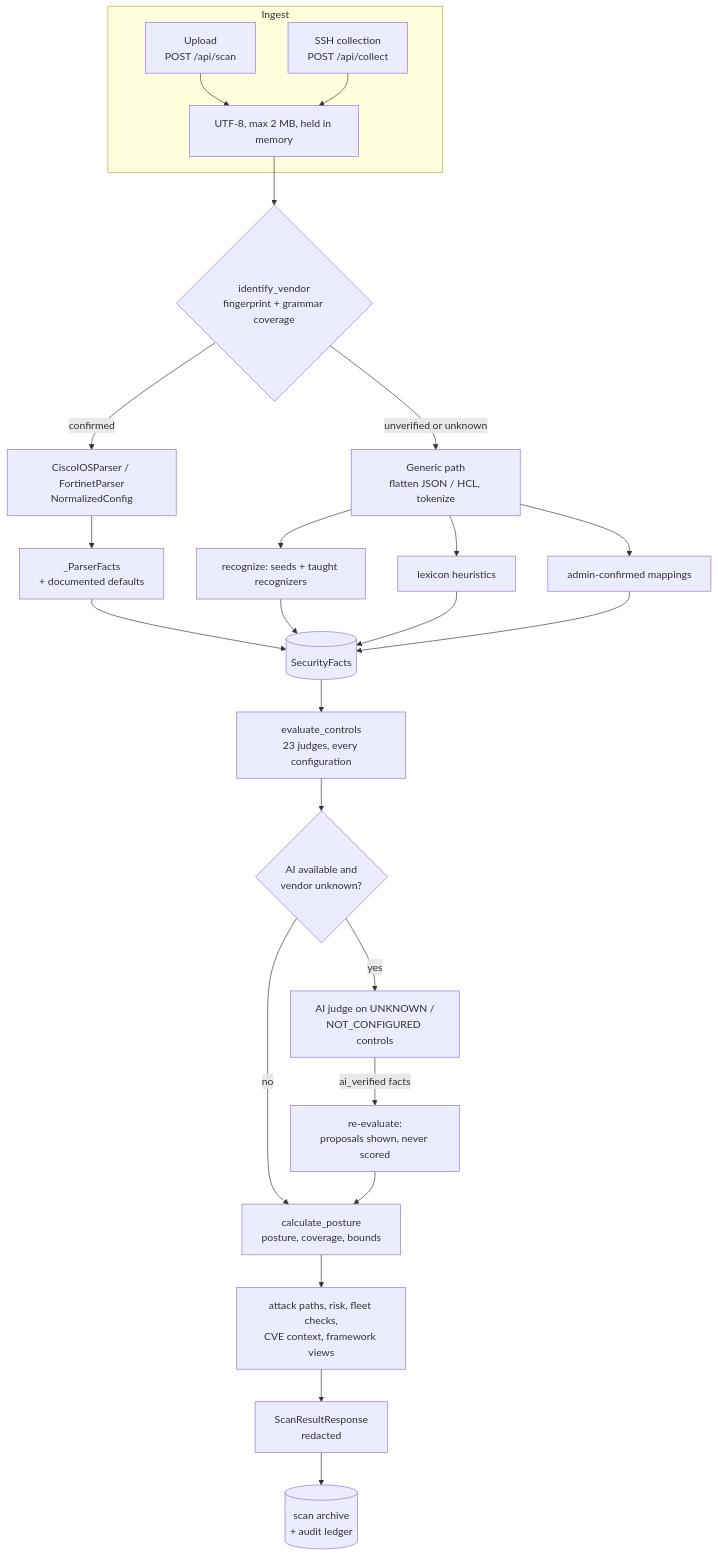
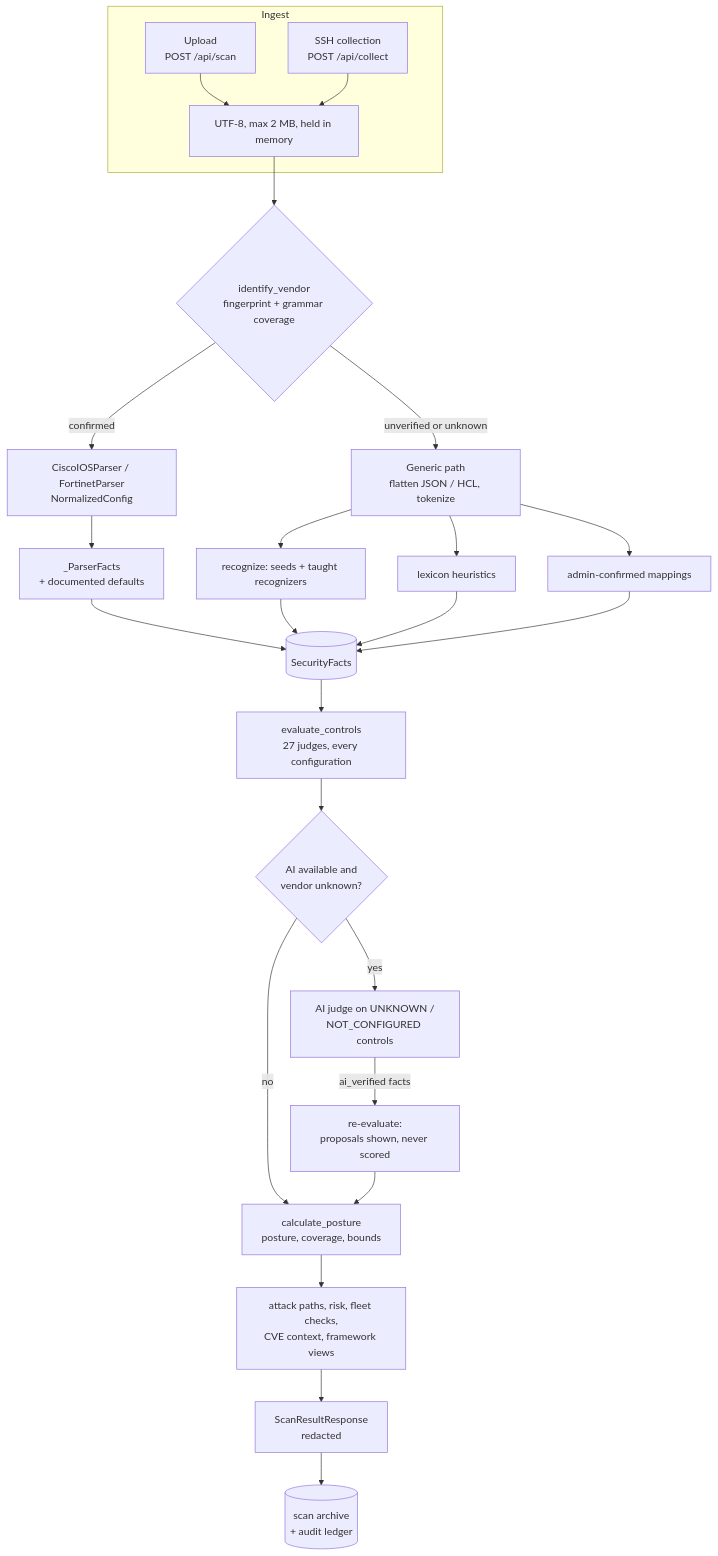
One commit to astrilo-monk/sih-26155 changed the first of 17 diagrams in docs/architecture.md. Above: the diagram before and after it, drawn with Mermaid. The commit also changed other lines of this file and 25 other files, not shown here.

````diff
--- a/docs/architecture.md
+++ b/docs/architecture.md
@@ -42,36 +42,36 @@
 ```mermaid
 flowchart TD
     subgraph INGEST["Ingest"]
         UP["Upload<br/>POST /api/scan"]
         SSH["SSH collection<br/>POST /api/collect"]
         CHK["UTF-8, max 2 MB, held in memory"]
         UP --> CHK
         SSH --> CHK
     end
 
     CHK --> ID{"identify_vendor<br/>fingerprint + grammar coverage"}
 
     ID -->|"confirmed"| PARSE["CiscoIOSParser / FortinetParser<br/>NormalizedConfig"]
     ID -->|"unverified or unknown"| GEN["Generic path<br/>flatten JSON / HCL, tokenize"]
 
     PARSE --> PF["_ParserFacts<br/>+ documented defaults"]
     GEN --> RECOG["recognize: seeds + taught recognizers"]
     GEN --> HEUR["lexicon heuristics"]
     GEN --> MAPS["admin-confirmed mappings"]
 
     PF --> FACTS[("SecurityFacts")]
     RECOG --> FACTS
     HEUR --> FACTS
     MAPS --> FACTS
 
-    FACTS --> EVAL["evaluate_controls<br/>23 judges, every configuration"]
+    FACTS --> EVAL["evaluate_controls<br/>27 judges, every configuration"]
     EVAL --> JUDGE{"AI available and<br/>vendor unknown?"}
     JUDGE -->|"yes"| AI["AI judge on UNKNOWN /<br/>NOT_CONFIGURED controls"]
     AI -->|"ai_verified facts"| EVAL2["re-evaluate:<br/>proposals shown, never scored"]
     JUDGE -->|"no"| SCORE
     EVAL2 --> SCORE["calculate_posture<br/>posture, coverage, bounds"]
 
     SCORE --> ANALYSIS["attack paths, risk, fleet checks,<br/>CVE context, framework views"]
     ANALYSIS --> RESP["ScanResultResponse<br/>redacted"]
     RESP --> ARCH[("scan archive<br/>+ audit ledger")]
 ```
````
